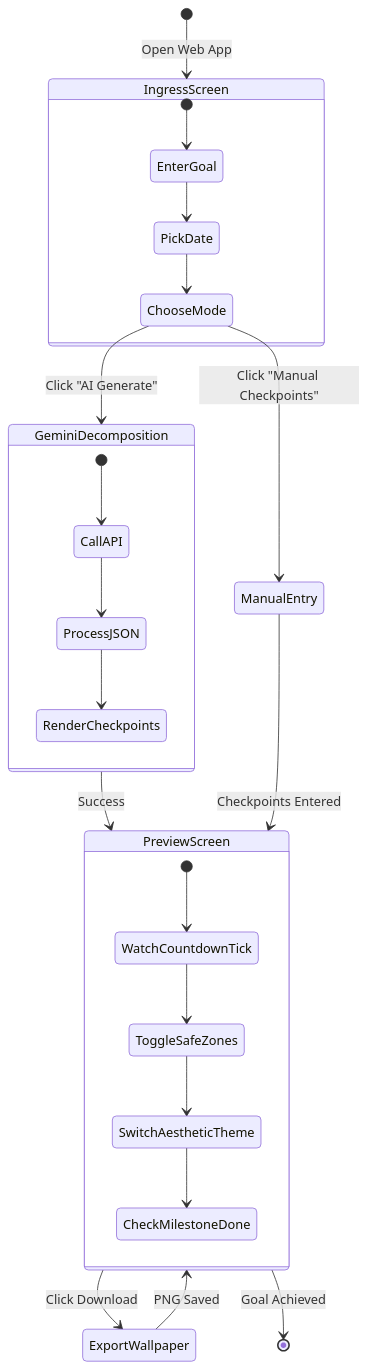
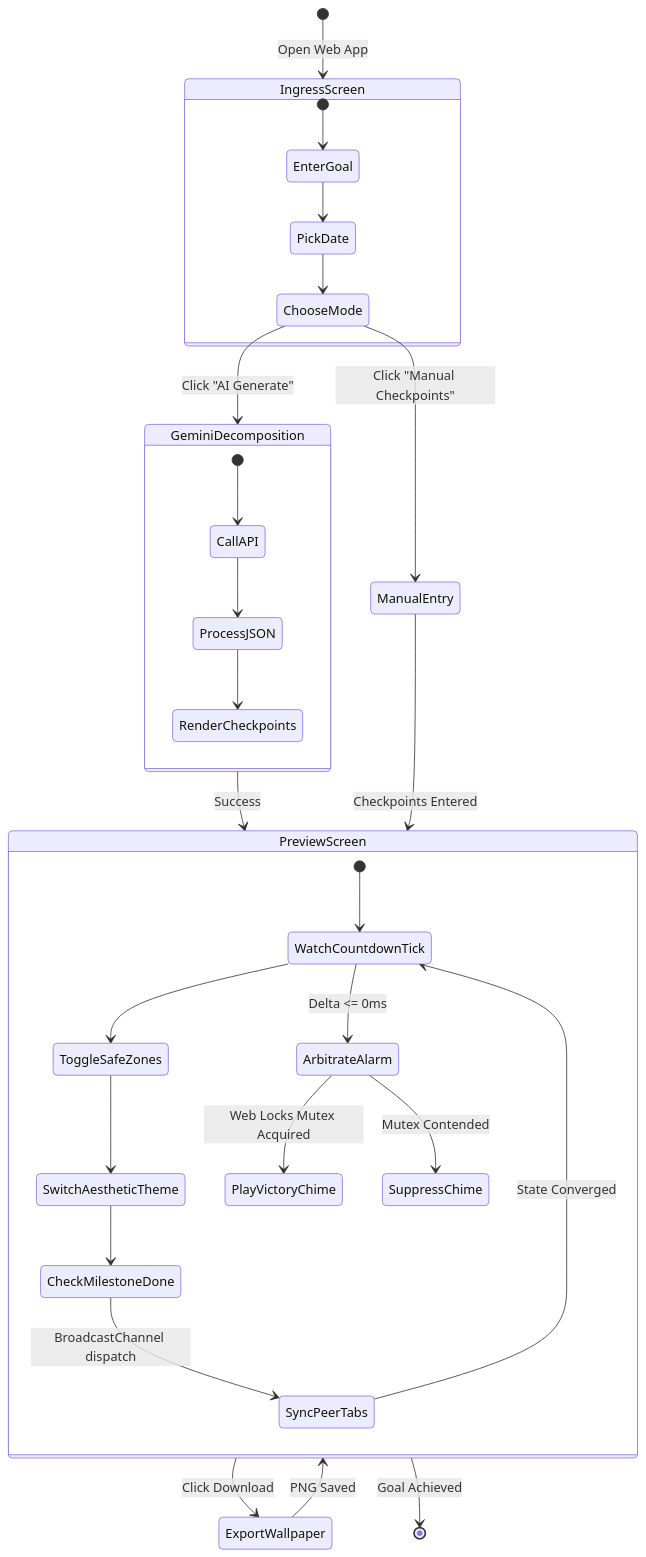
One commit to piyushmakhija28/countdown-lockscreen-challenge changed the diagram in uml/interaction_diagram.md. Above: the diagram before and after it, drawn with Mermaid. The commit also changed 25 other files, not shown here.

````diff
--- a/uml/interaction_diagram.md
+++ b/uml/interaction_diagram.md
@@ -3,33 +3,38 @@
 ```mermaid
 stateDiagram-v2
     [*] --> IngressScreen: Open Web App
     
     state IngressScreen {
         [*] --> EnterGoal
         EnterGoal --> PickDate
         PickDate --> ChooseMode
     }
     
     ChooseMode --> GeminiDecomposition: Click "AI Generate"
     ChooseMode --> ManualEntry: Click "Manual Checkpoints"
     
     state GeminiDecomposition {
         [*] --> CallAPI
         CallAPI --> ProcessJSON
         ProcessJSON --> RenderCheckpoints
     }
     
     GeminiDecomposition --> PreviewScreen: Success
     ManualEntry --> PreviewScreen: Checkpoints Entered
     
     state PreviewScreen {
         [*] --> WatchCountdownTick
         WatchCountdownTick --> ToggleSafeZones
         ToggleSafeZones --> SwitchAestheticTheme
         SwitchAestheticTheme --> CheckMilestoneDone
+        CheckMilestoneDone --> SyncPeerTabs: BroadcastChannel dispatch
+        SyncPeerTabs --> WatchCountdownTick: State Converged
+        WatchCountdownTick --> ArbitrateAlarm: Delta <= 0ms
+        ArbitrateAlarm --> PlayVictoryChime: Web Locks Mutex Acquired
+        ArbitrateAlarm --> SuppressChime: Mutex Contended
     }
     
     PreviewScreen --> ExportWallpaper: Click Download
     ExportWallpaper --> PreviewScreen: PNG Saved
     PreviewScreen --> [*]: Goal Achieved
 ```
````
